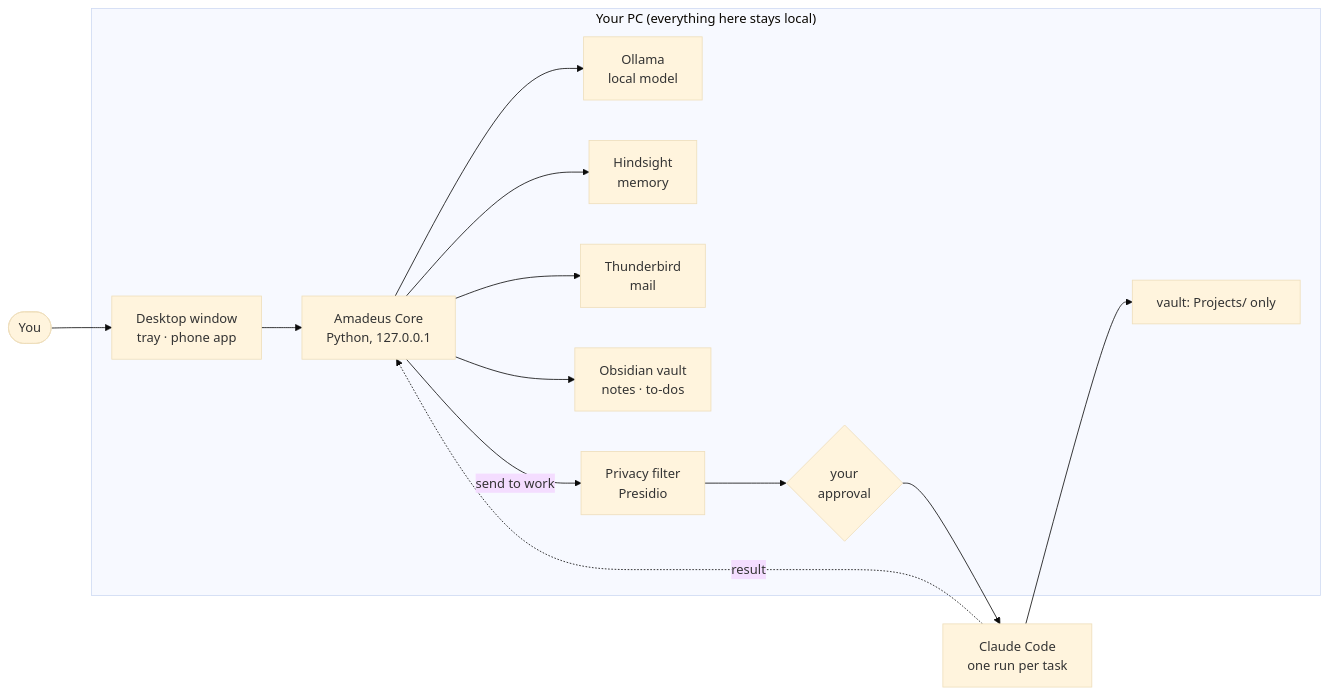
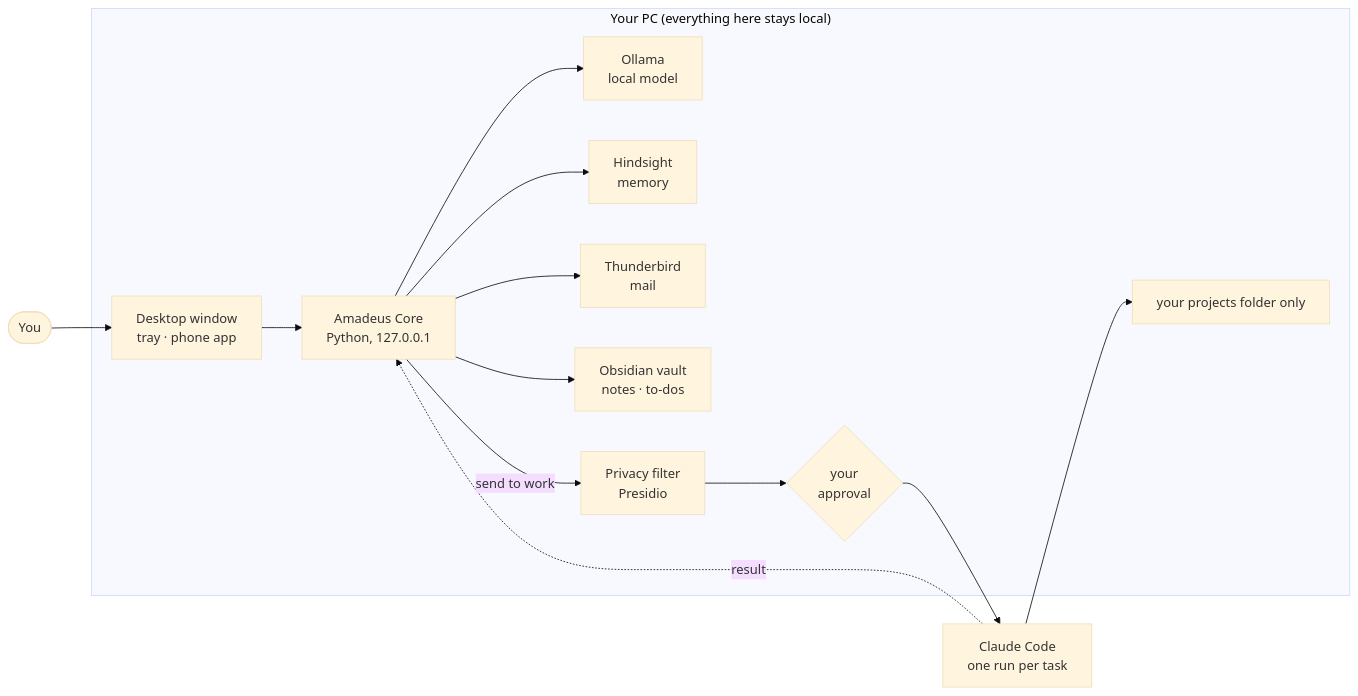
One commit to IAbrahamI/Amadeus changed the diagram in README.md. Above: the diagram before and after it, drawn with Mermaid (base theme). The commit also changed other lines of this file and 19 other files, not shown here.

First line of the commit message:
Claude Code projects get their own folder, outside the vault

````diff
--- a/README.md
+++ b/README.md
@@ -59,26 +59,26 @@
 ```mermaid
 flowchart LR
     you([You]) --> ui["Desktop window<br/>tray · phone app"]
     ui --> core["Amadeus Core<br/>Python, 127.0.0.1"]
     core --> llm["Ollama<br/>local model"]
     core --> mem["Hindsight<br/>memory"]
     core --> tb["Thunderbird<br/>mail"]
     core --> vault["Obsidian vault<br/>notes · to-dos"]
     core -- "send to work" --> filter["Privacy filter<br/>Presidio"]
     filter --> ok{"your<br/>approval"}
     ok --> cc["Claude Code<br/>one run per task"]
-    cc --> projects["vault: Projects/ only"]
+    cc --> projects["your projects folder only"]
     cc -. result .-> core
 
     subgraph pc ["Your PC (everything here stays local)"]
       ui
       core
       llm
       mem
       tb
       vault
       filter
       ok
       projects
     end
 ```
````
